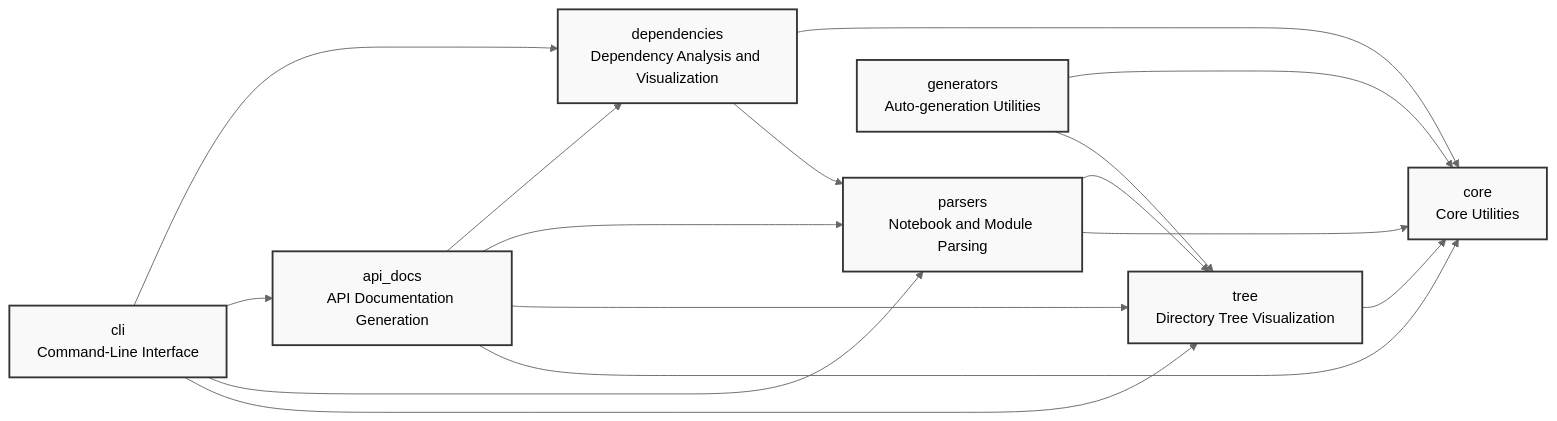
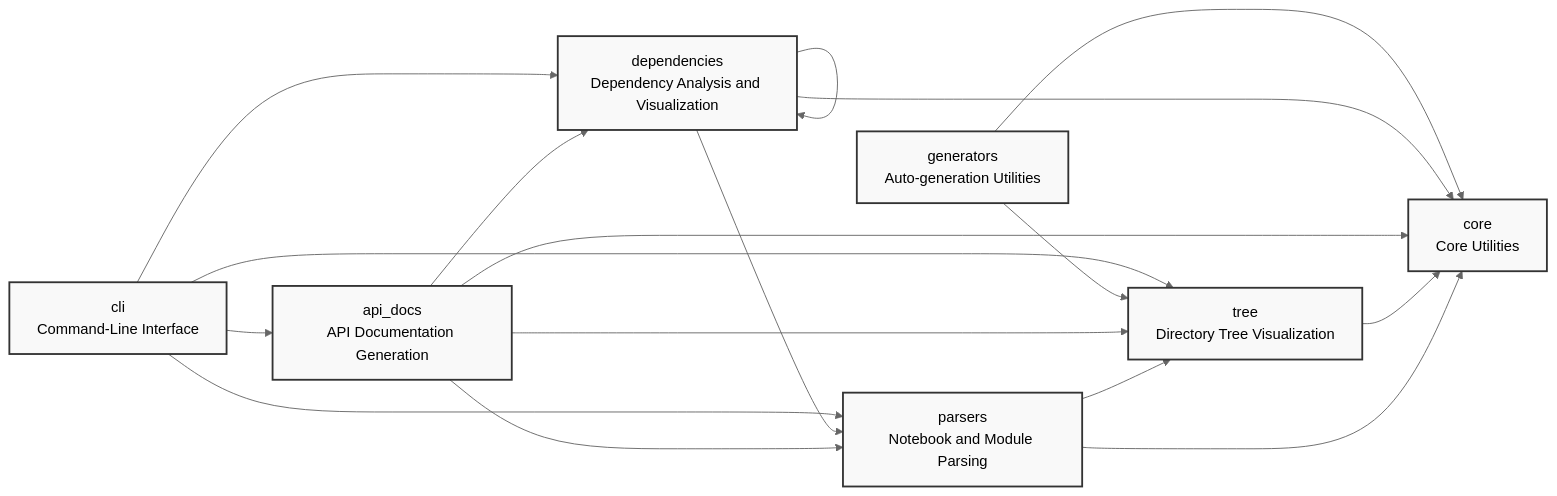
The diagram in README.md (cj-mills/cjm-nbdev-overview), drawn with Mermaid (neutral theme) before and after one commit. The commit also changed other lines of this file and 5 other files, not shown here.

Commit message:
Handle reserved words in Mermaid diagrams.

````diff
--- a/README.md
+++ b/README.md
@@ -44,28 +44,29 @@
 ``` mermaid
 graph LR
     core[core<br/>Core Utilities]
     parsers[parsers<br/>Notebook and Module Parsing]
     tree[tree<br/>Directory Tree Visualization]
     api_docs[api_docs<br/>API Documentation Generation]
     dependencies[dependencies<br/>Dependency Analysis and Visualization]
     generators[generators<br/>Auto-generation Utilities]
     cli[cli<br/>Command-Line Interface]
 
     parsers --> tree
     parsers --> core
     tree --> core
+    api_docs --> parsers
     api_docs --> dependencies
-    api_docs --> parsers
     api_docs --> tree
     api_docs --> core
+    dependencies --> dependencies
+    dependencies --> parsers
     dependencies --> core
-    dependencies --> parsers
     generators --> core
     generators --> tree
+    cli --> parsers
     cli --> dependencies
+    cli --> tree
     cli --> api_docs
-    cli --> parsers
-    cli --> tree
 
     classDef default fill:#f9f9f9,stroke:#333,stroke-width:2px
 ```
````
